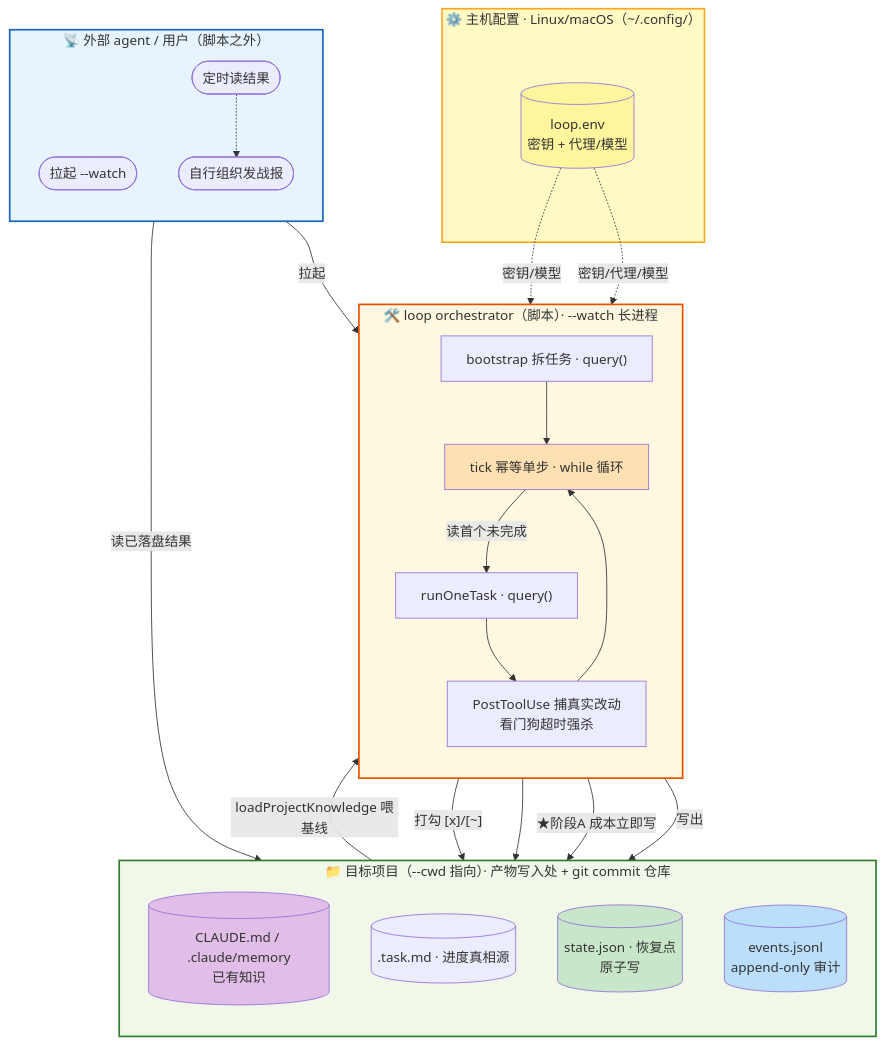
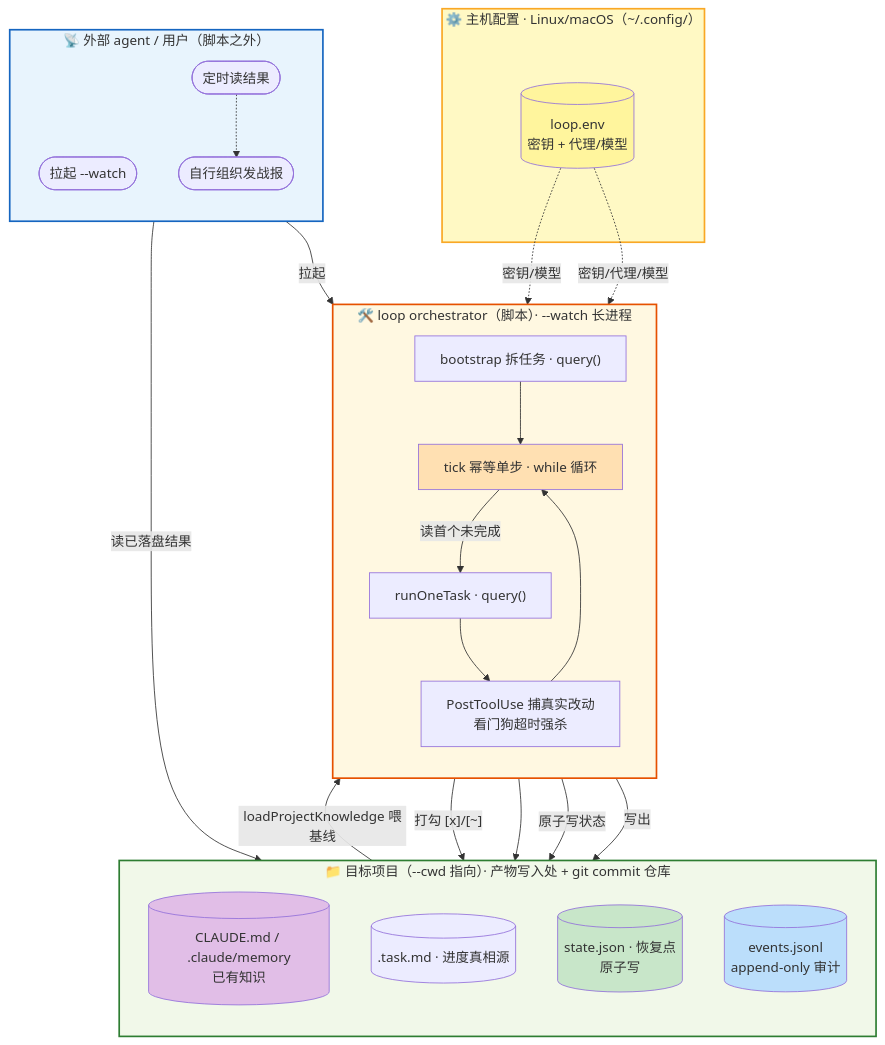
Before and after one commit to free-wyq/swallow: the first of 3 diagrams in README.md, drawn with Mermaid. The commit also changed other lines of this file and 3 other files, not shown here.

````diff
--- a/README.md
+++ b/README.md
@@ -37,54 +37,54 @@
 ```mermaid
 flowchart TB
     subgraph HOST["⚙️ 主机配置 · Linux/macOS（~/.config/）"]
       ENV[("loop.env<br/>密钥 + 代理/模型")]
     end
 
     subgraph PROJ["📁 目标项目（--cwd 指向）· 产物写入处 + git commit 仓库"]
       direction TB
       KNOW[("CLAUDE.md / .claude/memory<br/>已有知识")]
       TASK[(".task.md · 进度真相源")]
       STATE[("state.json · 恢复点<br/>原子写")]
       EVENTS[("events.jsonl<br/>append-only 审计")]
     end
 
     subgraph SCRIPT["🛠️ loop orchestrator（脚本）· --watch 长进程"]
       direction TB
       BOOT["bootstrap 拆任务 · query()"]
       TICK["tick 幂等单步 · while 循环"]
       RUN["runOneTask · query()"]
       SDK["PostToolUse 捕真实改动<br/>看门狗超时强杀"]
     end
 
     subgraph EXTBOX["📡 外部 agent / 用户（脚本之外）"]
       direction TB
       User([拉起 --watch])
       Ext([定时读结果])
       Push([自行组织发战报])
     end
 
     User -->|"拉起"| BOOT
     KNOW -->|"loadProjectKnowledge 喂基线"| BOOT
     ENV -.->|"密钥/代理/模型"| BOOT
     BOOT -->|"写出"| TASK
     BOOT --> TICK
     TICK -->|"读首个未完成"| RUN
     ENV -.->|"密钥/模型"| RUN
     RUN --> SDK
     SDK --> TICK
-    TICK -->|"★阶段A 成本立即写"| STATE
+    TICK -->|"原子写状态"| STATE
     TICK --> EVENTS
     TICK -->|"打勾 [x]/[~]"| TASK
     Ext -->|"读已落盘结果"| STATE
     Ext -.-> Push
 
     style HOST fill:#fff9c4,stroke:#f9a825,stroke-width:2px
     style PROJ fill:#f1f8e9,stroke:#2e7d32,stroke-width:2px
     style SCRIPT fill:#fff8e1,stroke:#e65100,stroke-width:2px
     style EXTBOX fill:#e8f4fd,stroke:#1565c0,stroke-width:2px
     style STATE fill:#c8e6c9
     style EVENTS fill:#bbdefb
     style TICK fill:#ffe0b2
     style KNOW fill:#e1bee7
     style ENV fill:#fff59d
 ```
````
